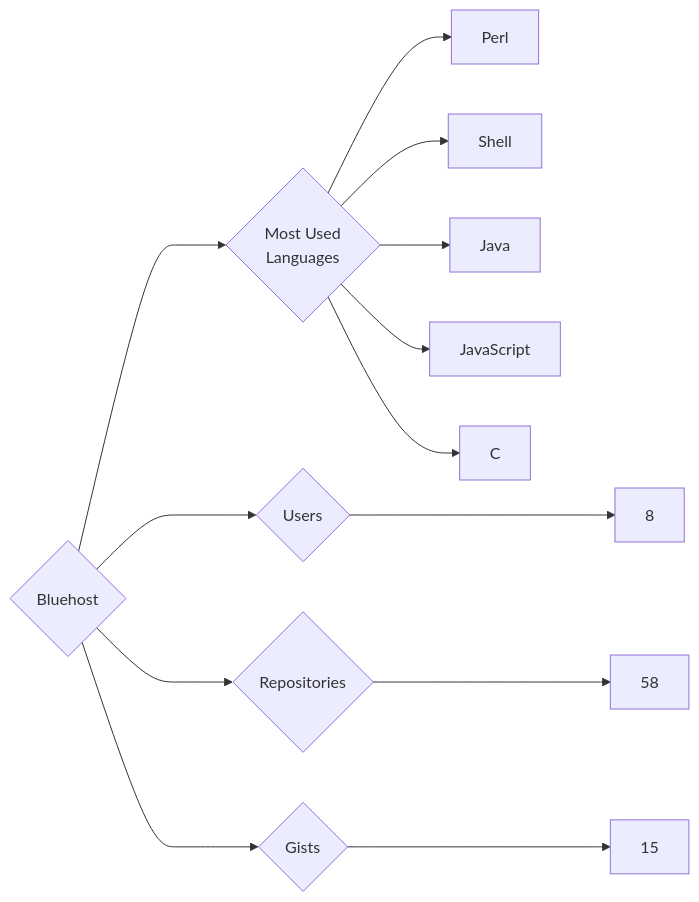
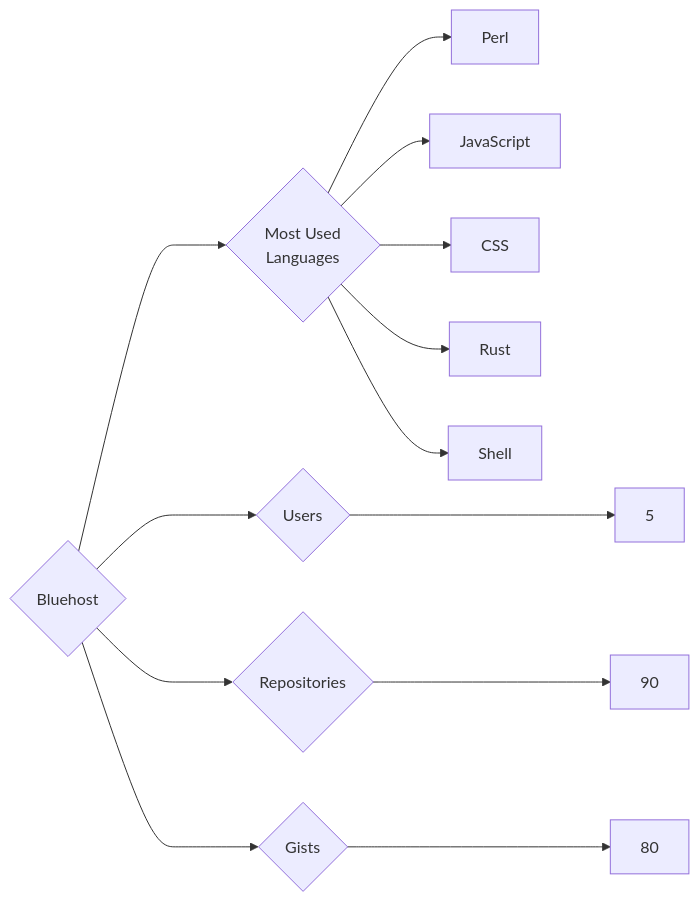
The diagram in targets/Bluehost/README.md (trickest/insiders), drawn with Mermaid before and after one commit. The commit also changed 1212 other files, not shown here.

````diff
--- a/targets/Bluehost/README.md
+++ b/targets/Bluehost/README.md
@@ -3,13 +3,13 @@
 ```mermaid
 graph LR
 COMPANY_NAME{Bluehost}
-COMPANY_NAME ---> U{Users} ---> UN[8]
-COMPANY_NAME ---> R{Repositories} ---> RN[58]
-COMPANY_NAME ---> G{Gists} ---> GN[15]
+COMPANY_NAME ---> U{Users} ---> UN[5]
+COMPANY_NAME ---> R{Repositories} ---> RN[90]
+COMPANY_NAME ---> G{Gists} ---> GN[80]
 COMPANY_NAME ---> ML{Most Used<br>Languages}
 ML --> Perl[Perl]
+ML --> JavaScript[JavaScript]
+ML --> CSS[CSS]
+ML --> Rust[Rust]
 ML --> Shell[Shell]
-ML --> Java[Java]
-ML --> JavaScript[JavaScript]
-ML --> C[C]
 ```
````
